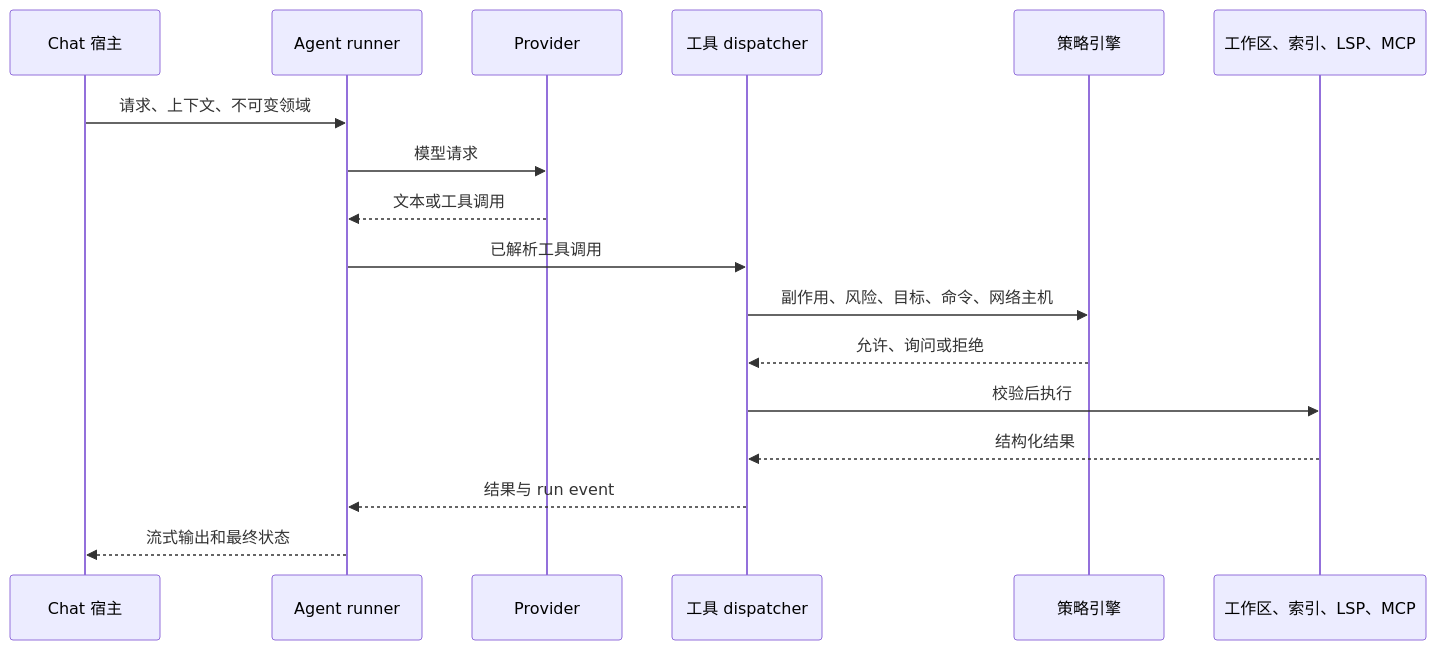
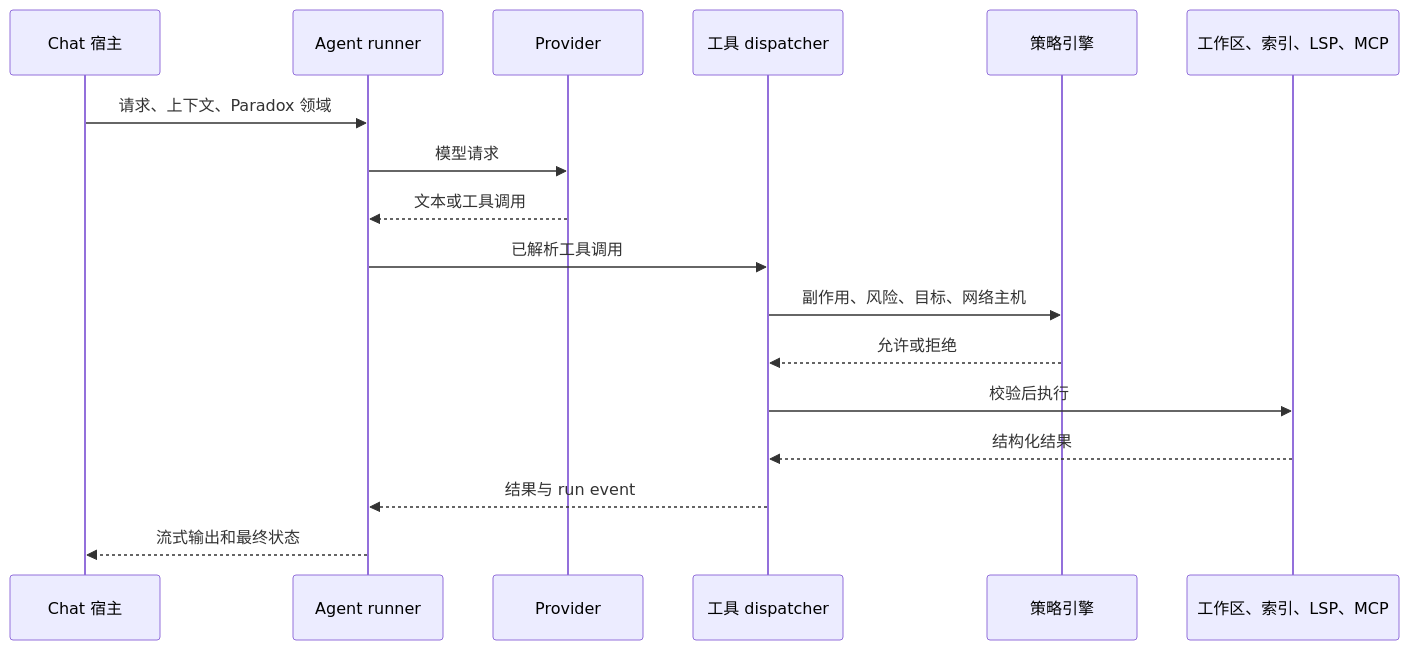
Before and after one commit to Aa728848/cwtools-vscode: diagram 11 of 12 in ARCHITECTURE.md, drawn with Mermaid. The commit also changed other lines of this file and 143 other files, not shown here.

````diff
--- a/ARCHITECTURE.md
+++ b/ARCHITECTURE.md
@@ -519,20 +517,20 @@
 ```mermaid
 sequenceDiagram
     participant C as Chat 宿主
     participant R as Agent runner
     participant P as Provider
     participant T as 工具 dispatcher
     participant G as 策略引擎
     participant S as 工作区、索引、LSP、MCP
 
-    C->>R: 请求、上下文、不可变领域
+    C->>R: 请求、上下文、Paradox 领域
     R->>P: 模型请求
     P-->>R: 文本或工具调用
     R->>T: 已解析工具调用
-    T->>G: 副作用、风险、目标、命令、网络主机
-    G-->>T: 允许、询问或拒绝
+    T->>G: 副作用、风险、目标、网络主机
+    G-->>T: 允许或拒绝
     T->>S: 校验后执行
     S-->>T: 结构化结果
     T-->>R: 结果与 run event
     R-->>C: 流式输出和最终状态
 ```
````
